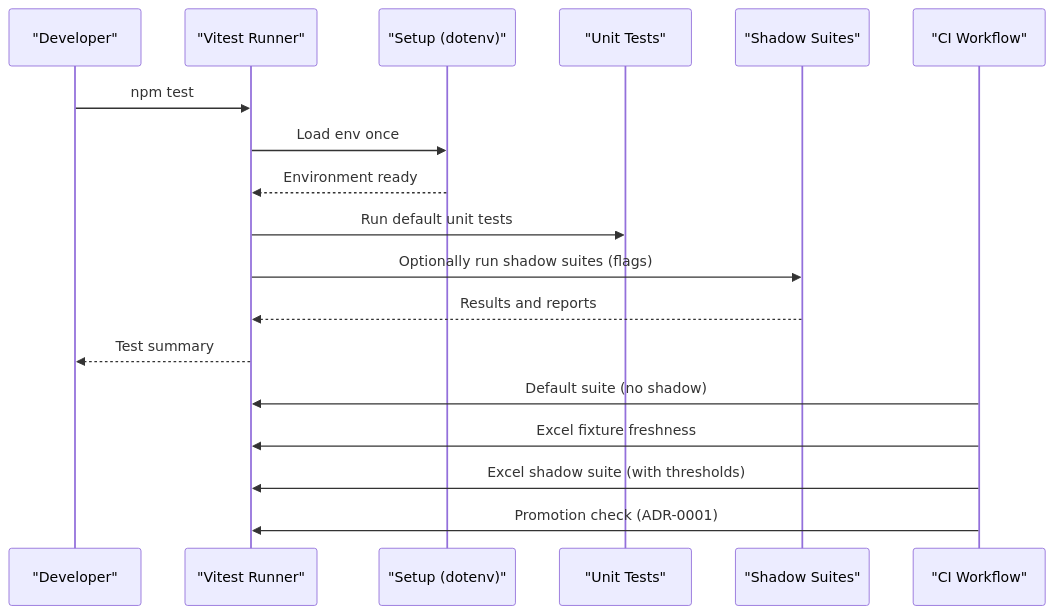
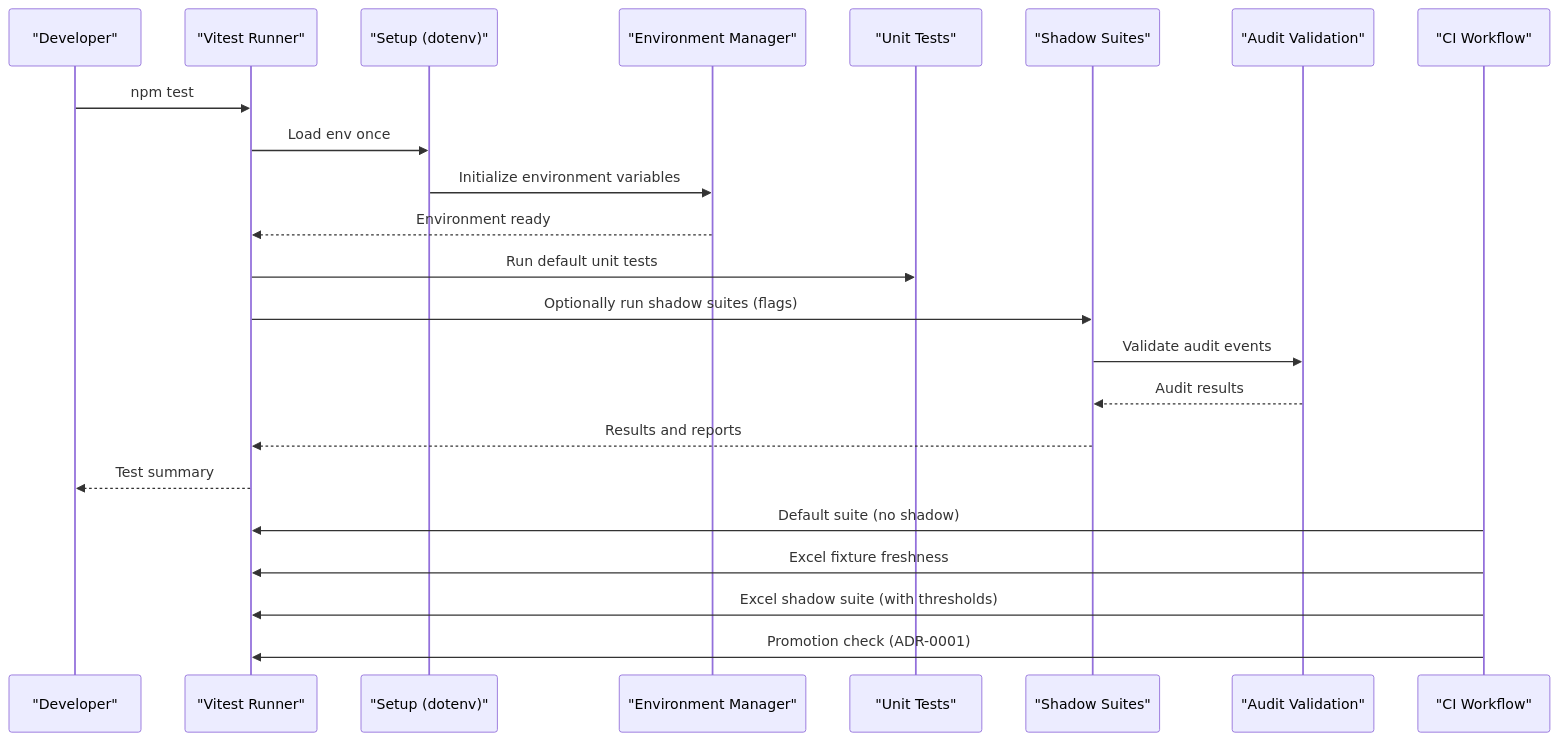
One commit to ongchonghian/gatiod-chat-assistant changed the second of 9 diagrams in .qoder/repowiki/en/content/Testing Strategy/Testing Strategy.md. Above: the diagram before and after it, drawn with Mermaid. The commit also changed other lines of this file and 32 other files, not shown here.

````diff
--- a/.qoder/repowiki/en/content/Testing Strategy/Testing Strategy.md
+++ b/.qoder/repowiki/en/content/Testing Strategy/Testing Strategy.md
@@ -112,20 +142,25 @@
 ```mermaid
 sequenceDiagram
 participant Dev as "Developer"
 participant VT as "Vitest Runner"
 participant Setup as "Setup (dotenv)"
+participant EnvMgr as "Environment Manager"
 participant Unit as "Unit Tests"
 participant Shadow as "Shadow Suites"
+participant Audit as "Audit Validation"
 participant CI as "CI Workflow"
 Dev->>VT : npm test
 VT->>Setup : Load env once
-Setup-->>VT : Environment ready
+Setup->>EnvMgr : Initialize environment variables
+EnvMgr-->>VT : Environment ready
 VT->>Unit : Run default unit tests
 VT->>Shadow : Optionally run shadow suites (flags)
+Shadow->>Audit : Validate audit events
+Audit-->>Shadow : Audit results
 Shadow-->>VT : Results and reports
 VT-->>Dev : Test summary
 CI->>VT : Default suite (no shadow)
 CI->>VT : Excel fixture freshness
 CI->>VT : Excel shadow suite (with thresholds)
 CI->>VT : Promotion check (ADR-0001)
 ```
````
